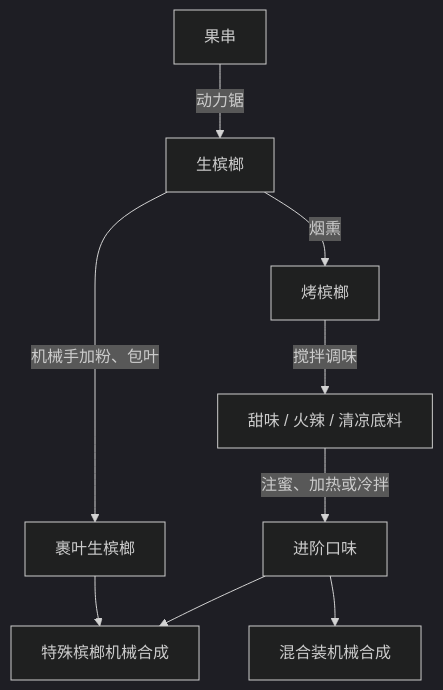
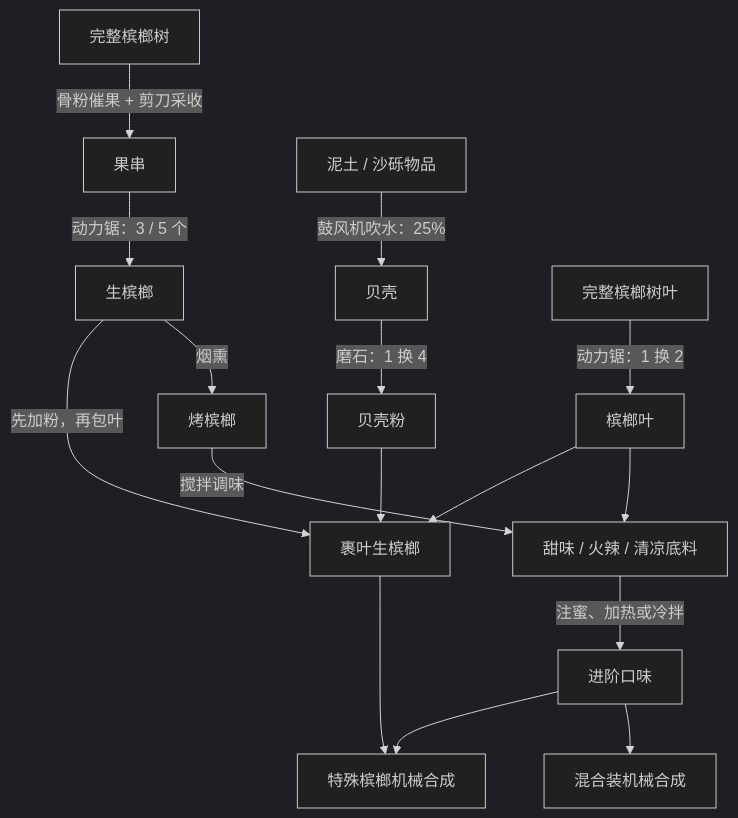
One commit to ikunkk02-afk/Betel-Nut-Mod changed the diagram in README.md. Above: the diagram before and after it, drawn with Mermaid (dark theme). The commit also changed other lines of this file and 19 other files, not shown here.

````diff
--- a/README.md
+++ b/README.md
@@ -106,11 +113,18 @@
 ```mermaid
 flowchart TB
-    A["果串"] -->|动力锯| B["生槟榔"]
-    B -->|烟熏| C["烤槟榔"]
-    B -->|机械手加粉、包叶| D["裹叶生槟榔"]
-    C -->|搅拌调味| E["甜味 / 火辣 / 清凉底料"]
-    E -->|注蜜、加热或冷拌| F["进阶口味"]
+    T["完整槟榔树"] -->|"骨粉催果 + 剪刀采收"| A["果串"]
+    A -->|"动力锯：3 / 5 个"| B["生槟榔"]
+    M["泥土 / 沙砾物品"] -->|"鼓风机吹水：25%"| S["贝壳"]
+    S -->|"磨石：1 换 4"| P["贝壳粉"]
+    L["完整槟榔树叶"] -->|"动力锯：1 换 2"| V["槟榔叶"]
+    B -->|"先加粉，再包叶"| D["裹叶生槟榔"]
+    P --> D
+    V --> D
+    B -->|"烟熏"| C["烤槟榔"]
+    C -->|"搅拌调味"| E["甜味 / 火辣 / 清凉底料"]
+    V --> E
+    E -->|"注蜜、加热或冷拌"| F["进阶口味"]
     D --> G["特殊槟榔机械合成"]
     F --> G
     F --> H["混合装机械合成"]
 ```
````
